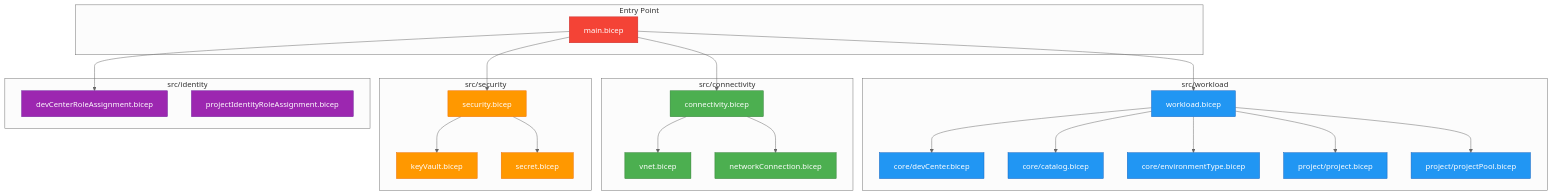
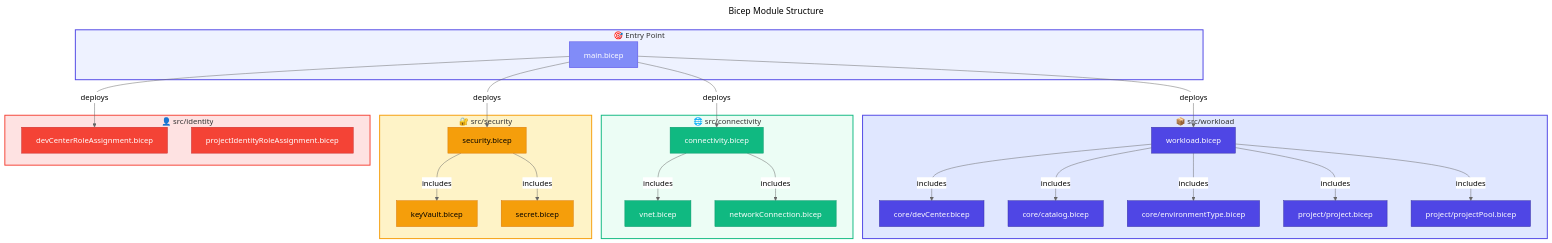
The sixth of 7 diagrams in docs/architecture/07-deployment-architecture.md (Evilazaro/DevExp-DevBox), drawn with Mermaid (neutral theme) before and after one commit. The commit also changed other lines of this file, not shown here.

Commit message:
Enhance high-level architecture diagrams in deployment documentation for improved clarity and detail, including refined connections and node styles.

````diff
--- a/docs/architecture/07-deployment-architecture.md
+++ b/docs/architecture/07-deployment-architecture.md
@@ -324,49 +381,75 @@
 ```mermaid
+---
+title: Bicep Module Structure
+---
 flowchart TB
-    subgraph "Entry Point"
+    %% ===== ENTRY POINT =====
+    subgraph EntryPoint["🎯 Entry Point"]
         MAIN["main.bicep"]
     end
 
-    subgraph "src/workload"
+    %% ===== WORKLOAD MODULES =====
+    subgraph Workload["📦 src/workload"]
         W1["workload.bicep"]
         W2["core/devCenter.bicep"]
         W3["core/catalog.bicep"]
         W4["core/environmentType.bicep"]
         W5["project/project.bicep"]
         W6["project/projectPool.bicep"]
     end
 
-    subgraph "src/connectivity"
+    %% ===== CONNECTIVITY MODULES =====
+    subgraph Connectivity["🌐 src/connectivity"]
         C1["connectivity.bicep"]
         C2["vnet.bicep"]
         C3["networkConnection.bicep"]
     end
 
-    subgraph "src/security"
+    %% ===== SECURITY MODULES =====
+    subgraph Security["🔐 src/security"]
         S1["security.bicep"]
         S2["keyVault.bicep"]
         S3["secret.bicep"]
     end
 
-    subgraph "src/identity"
+    %% ===== IDENTITY MODULES =====
+    subgraph Identity["👤 src/identity"]
         I1["devCenterRoleAssignment.bicep"]
         I2["projectIdentityRoleAssignment.bicep"]
     end
 
-    MAIN --> W1 & C1 & S1 & I1
-    W1 --> W2 & W3 & W4 & W5 & W6
-    C1 --> C2 & C3
-    S1 --> S2 & S3
+    %% ===== CONNECTIONS =====
+    MAIN -->|deploys| W1
+    MAIN -->|deploys| C1
+    MAIN -->|deploys| S1
+    MAIN -->|deploys| I1
+    W1 -->|includes| W2
+    W1 -->|includes| W3
+    W1 -->|includes| W4
+    W1 -->|includes| W5
+    W1 -->|includes| W6
+    C1 -->|includes| C2
+    C1 -->|includes| C3
+    S1 -->|includes| S2
+    S1 -->|includes| S3
 
-    classDef main fill:#F44336,stroke:#C62828,color:#fff
-    classDef workload fill:#2196F3,stroke:#1565C0,color:#fff
-    classDef connectivity fill:#4CAF50,stroke:#2E7D32,color:#fff
-    classDef security fill:#FF9800,stroke:#EF6C00,color:#fff
-    classDef identity fill:#9C27B0,stroke:#6A1B9A,color:#fff
+    %% ===== NODE STYLES =====
+    classDef trigger fill:#818CF8,stroke:#4F46E5,color:#FFFFFF
+    classDef primary fill:#4F46E5,stroke:#3730A3,color:#FFFFFF
+    classDef secondary fill:#10B981,stroke:#059669,color:#FFFFFF
+    classDef datastore fill:#F59E0B,stroke:#D97706,color:#000000
+    classDef failed fill:#F44336,stroke:#C62828,color:#FFFFFF
 
-    class MAIN main
-    class W1,W2,W3,W4,W5,W6 workload
-    class C1,C2,C3 connectivity
-    class S1,S2,S3 security
-    class I1,I2 identity
+    class MAIN trigger
+    class W1,W2,W3,W4,W5,W6 primary
+    class C1,C2,C3 secondary
+    class S1,S2,S3 datastore
+    class I1,I2 failed
+
+    %% ===== SUBGRAPH STYLES =====
+    style EntryPoint fill:#EEF2FF,stroke:#4F46E5,stroke-width:2px
+    style Workload fill:#E0E7FF,stroke:#4F46E5,stroke-width:2px
+    style Connectivity fill:#ECFDF5,stroke:#10B981,stroke-width:2px
+    style Security fill:#FEF3C7,stroke:#F59E0B,stroke-width:2px
+    style Identity fill:#FEE2E2,stroke:#F44336,stroke-width:2px
 ```
````
